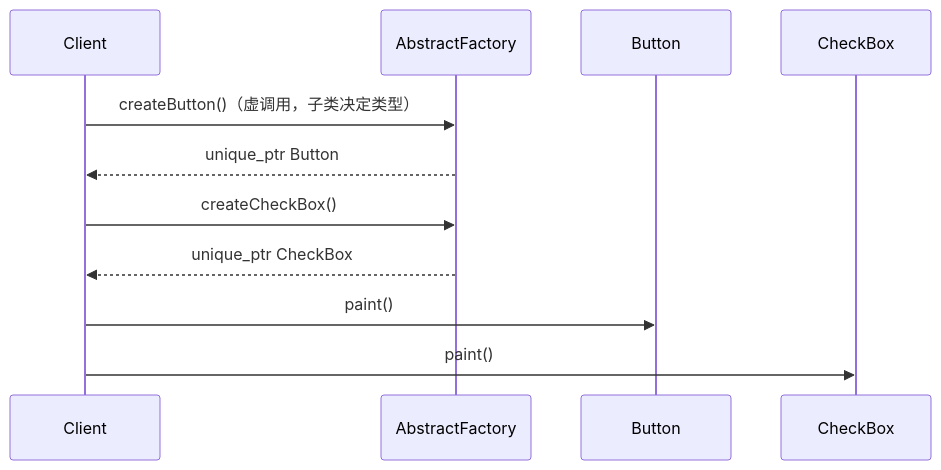
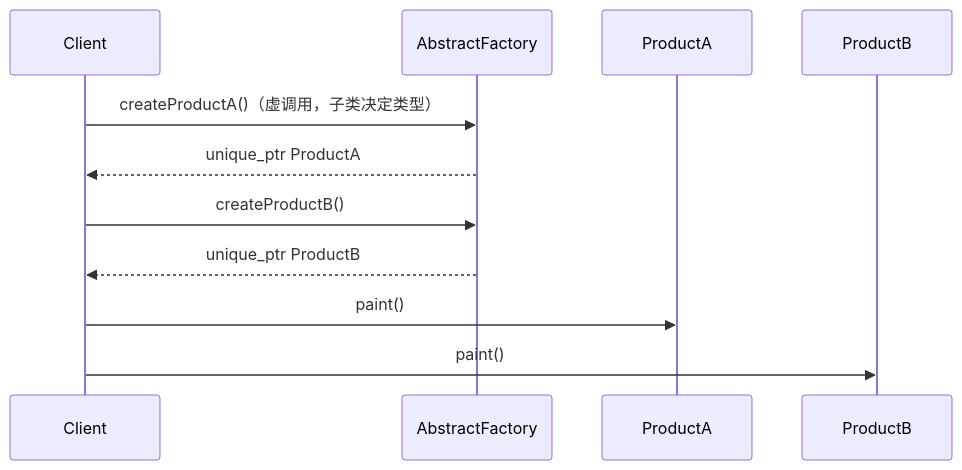
The fifth of 9 diagrams in docs/creational/abstract_factory.md (zackdlut/design_pattern), drawn with Mermaid before and after one commit. The commit also changed other lines of this file and 12 other files, not shown here.

````diff
--- a/docs/creational/abstract_factory.md
+++ b/docs/creational/abstract_factory.md
@@ -179,14 +179,14 @@
 ```mermaid
 sequenceDiagram
   participant Client
   participant Factory as AbstractFactory
-  participant Button
-  participant CheckBox
+  participant ProductA
+  participant ProductB
 
-  Client->>Factory: createButton()（虚调用，子类决定类型）
-  Factory-->>Client: unique_ptr Button
-  Client->>Factory: createCheckBox()
-  Factory-->>Client: unique_ptr CheckBox
-  Client->>Button: paint()
-  Client->>CheckBox: paint()
+  Client->>Factory: createProductA()（虚调用，子类决定类型）
+  Factory-->>Client: unique_ptr ProductA
+  Client->>Factory: createProductB()
+  Factory-->>Client: unique_ptr ProductB
+  Client->>ProductA: paint()
+  Client->>ProductB: paint()
 ```
````
